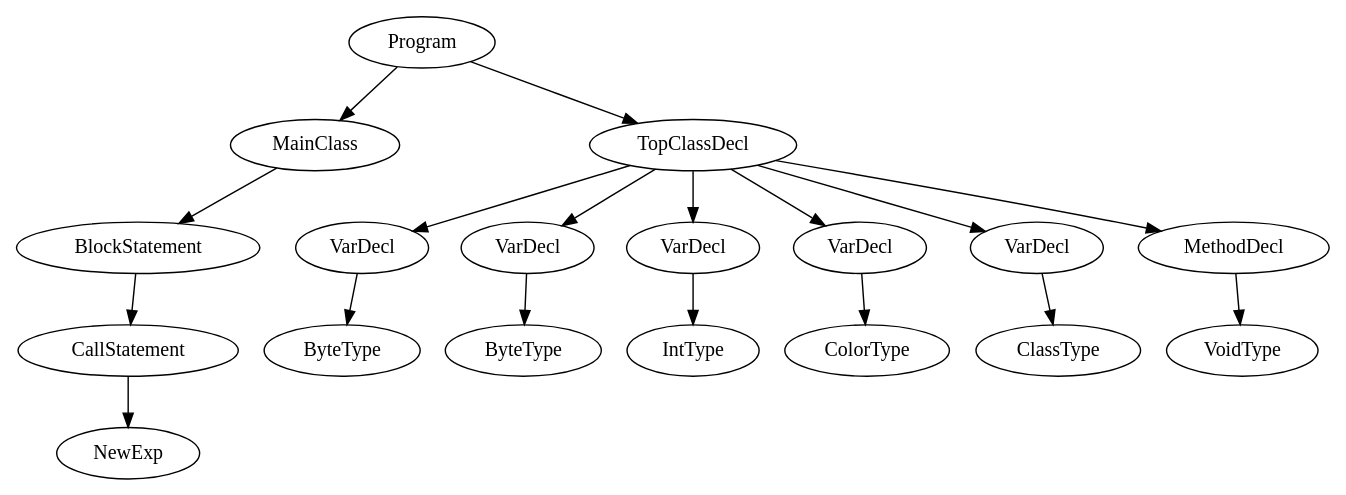
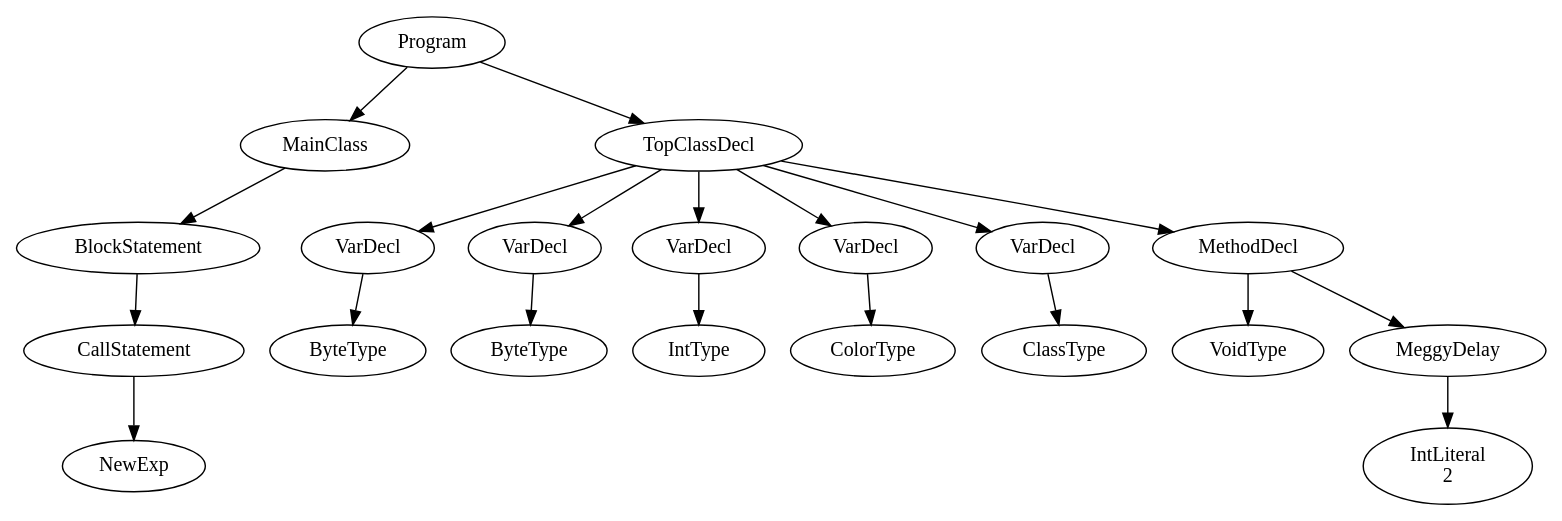
The diagram in PA5/test5.java.ast.dot (Ajith20/MeggyJava-compiler), drawn with Graphviz before and after one commit. The commit also changed 13 other files, not shown here.

```diff
--- a/PA5/test5.java.ast.dot
+++ b/PA5/test5.java.ast.dot
@@ -1,37 +1,41 @@
 digraph ASTGraph {
 0 [ label="Program" ];
 1 [ label="MainClass" ];
 0 -> 1
 2 [ label="BlockStatement" ];
 1 -> 2
 3 [ label="CallStatement" ];
 2 -> 3
 4 [ label="NewExp" ];
 3 -> 4
 5 [ label="TopClassDecl" ];
 0 -> 5
 6 [ label="VarDecl" ];
 5 -> 6
 7 [ label="ByteType" ];
 6 -> 7
 8 [ label="VarDecl" ];
 5 -> 8
 9 [ label="ByteType" ];
 8 -> 9
 10 [ label="VarDecl" ];
 5 -> 10
 11 [ label="IntType" ];
 10 -> 11
 12 [ label="VarDecl" ];
 5 -> 12
 13 [ label="ColorType" ];
 12 -> 13
 14 [ label="VarDecl" ];
 5 -> 14
 15 [ label="ClassType" ];
 14 -> 15
 16 [ label="MethodDecl" ];
 5 -> 16
 17 [ label="VoidType" ];
 16 -> 17
+18 [ label="MeggyDelay" ];
+16 -> 18
+19 [ label="IntLiteral\n2" ];
+18 -> 19
 }
```
